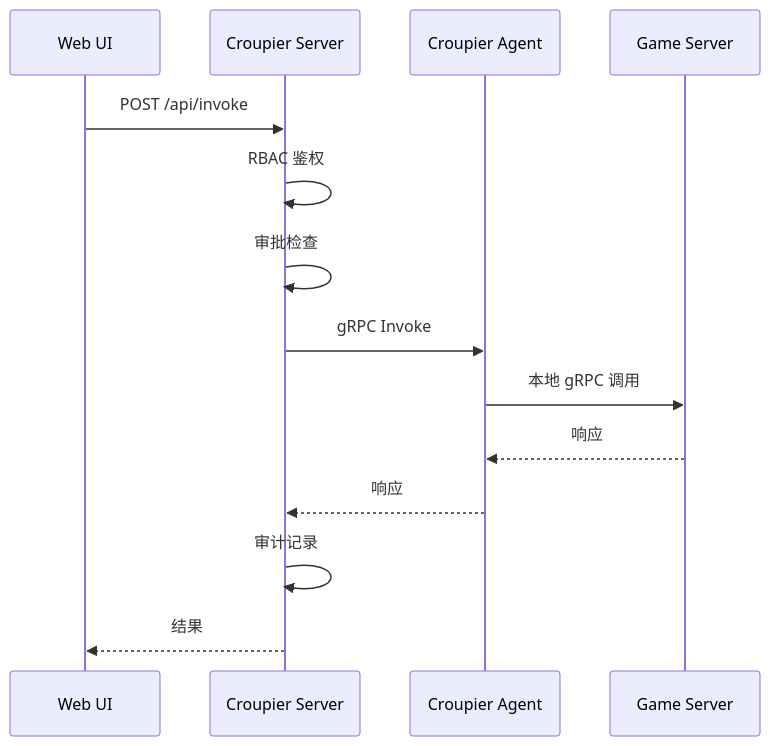
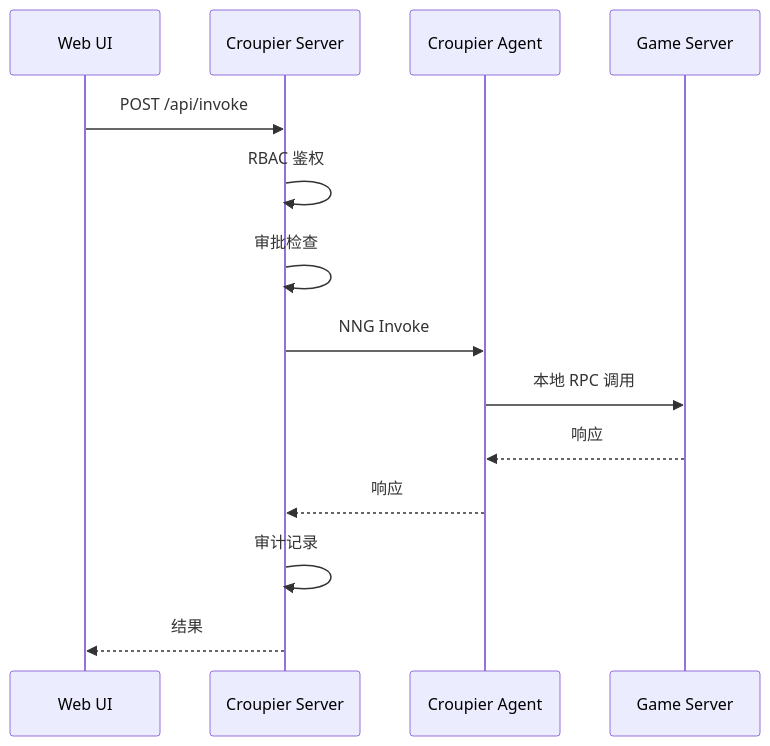
The diagram in docs/guide/concepts/overview.md (cuihairu/croupier), drawn with Mermaid before and after one commit. The commit also changed other lines of this file and 2 other files, not shown here.

Commit message:
docs: 将通信协议从 gRPC 更新为 NNG
- 更新所有架构图中的连接描述：gRPC mTLS → NNG mTLS
- 更新系统组件端口说明：gRPC → NNG
- 更新调用流程时序图：gRPC Invoke → NNG Invoke
- 删除 gRPC API 参考链接
- 更新核心特性描述
- 同步 Proto 定义说明为 Protocol Buffers

````diff
--- a/docs/guide/concepts/overview.md
+++ b/docs/guide/concepts/overview.md
@@ -91,17 +91,17 @@
 ```mermaid
 sequenceDiagram
   participant UI as Web UI
   participant Server as Croupier Server
   participant Agent as Croupier Agent
   participant GS as Game Server
 
   UI->>Server: POST /api/invoke
   Server->>Server: RBAC 鉴权
   Server->>Server: 审批检查
-  Server->>Agent: gRPC Invoke
-  Agent->>GS: 本地 gRPC 调用
+  Server->>Agent: NNG Invoke
+  Agent->>GS: 本地 RPC 调用
   GS-->>Agent: 响应
   Agent-->>Server: 响应
   Server->>Server: 审计记录
   Server-->>UI: 结果
 ```
````
